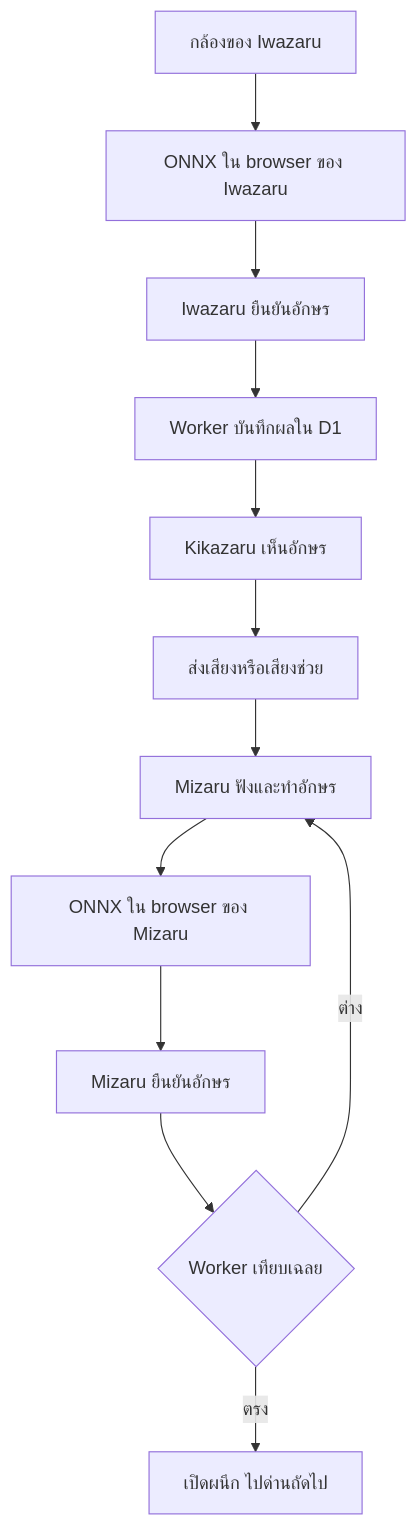
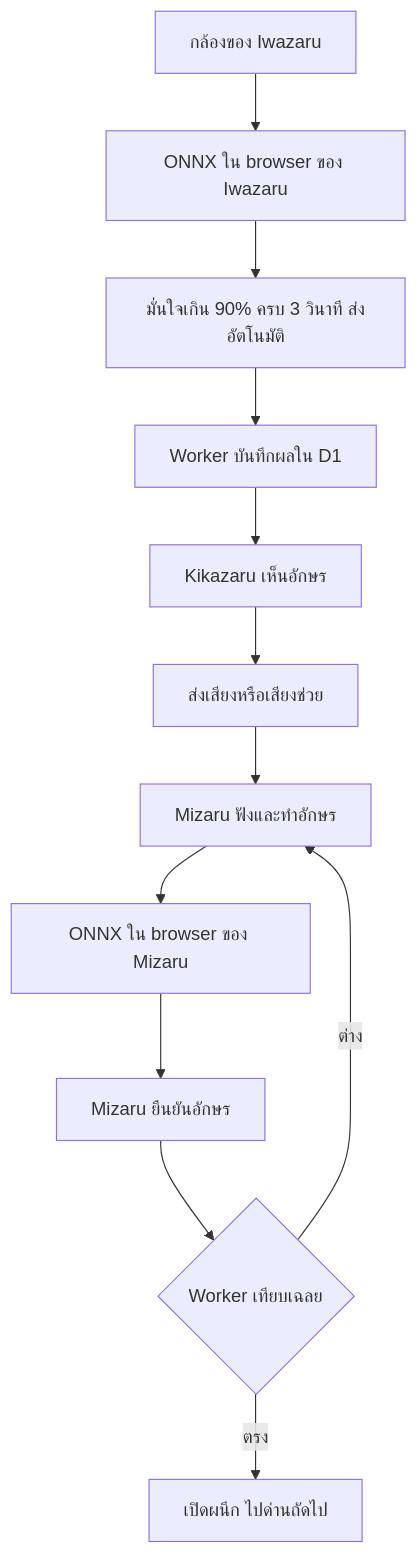
The diagram in README.md (Kasuiii/Sanzaru), drawn with Mermaid before and after one commit. The commit also changed other lines of this file and 20 other files, not shown here.

````diff
--- a/README.md
+++ b/README.md
@@ -115,14 +117,14 @@
 ```mermaid
 flowchart TD
   A[กล้องของ Iwazaru] --> B[ONNX ใน browser ของ Iwazaru]
-  B --> C[Iwazaru ยืนยันอักษร]
+  B --> C[มั่นใจเกิน 90% ครบ 3 วินาที ส่งอัตโนมัติ]
   C --> D[Worker บันทึกผลใน D1]
   D --> E[Kikazaru เห็นอักษร]
   E --> F[ส่งเสียงหรือเสียงช่วย]
   F --> G[Mizaru ฟังและทำอักษร]
   G --> H[ONNX ใน browser ของ Mizaru]
   H --> I[Mizaru ยืนยันอักษร]
   I --> J{Worker เทียบเฉลย}
   J -->|ตรง| K[เปิดผนึก ไปด่านถัดไป]
   J -->|ต่าง| G
 ```
````
